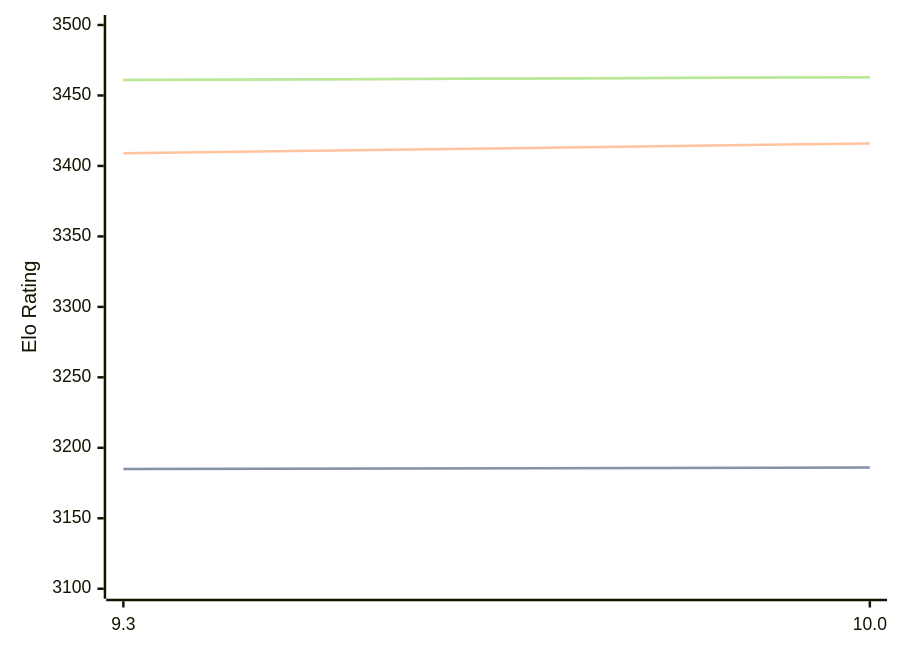
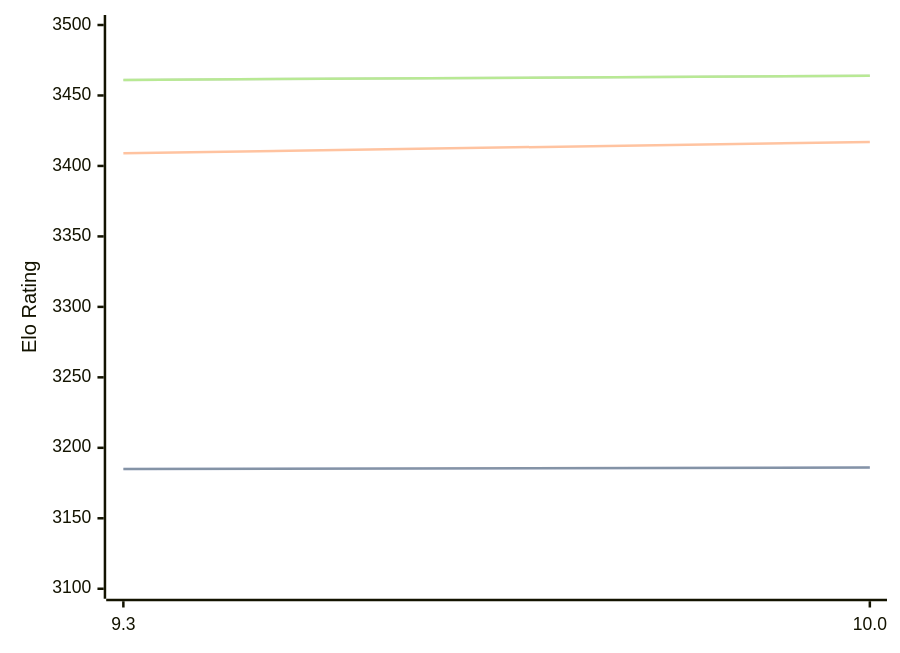
Before and after one commit to computer-chess-index/cci: the diagram in engines/Fire.md, drawn with Mermaid. The commit also changed other lines of this file, not shown here.

Commit message:
Update CCI Ratings (ELO VLTC) - 2026-03-13

````diff
--- a/engines/Fire.md
+++ b/engines/Fire.md
@@ -45,11 +45,11 @@
 ```mermaid
 %%{init: {"theme":"base","themeVariables":{"seriesColors:['#a3a3a3','#222221','#faa371']}}}%%
 xychart-beta
   x-axis ["9.3", "10.0"]
   y-axis "Elo Rating" 3100 --> 3500
   line "STC (8.0+0.08s)" [3185, 3186]
   line "STC (8.0+0.08s)" [3185, 3186]
-  line "LTC (60.0+0.60s)" [3409, 3416]
-  line "VLTC (2m24s+1.12s)" [3461, 3463]
-  line "VLTC (2m24s+1.12s)" [3461, 3463]
+  line "LTC (60.0+0.60s)" [3409, 3417]
+  line "VLTC (2m24s+1.12s)" [3461, 3464]
+  line "VLTC (2m24s+1.12s)" [3461, 3464]
 ```
````
